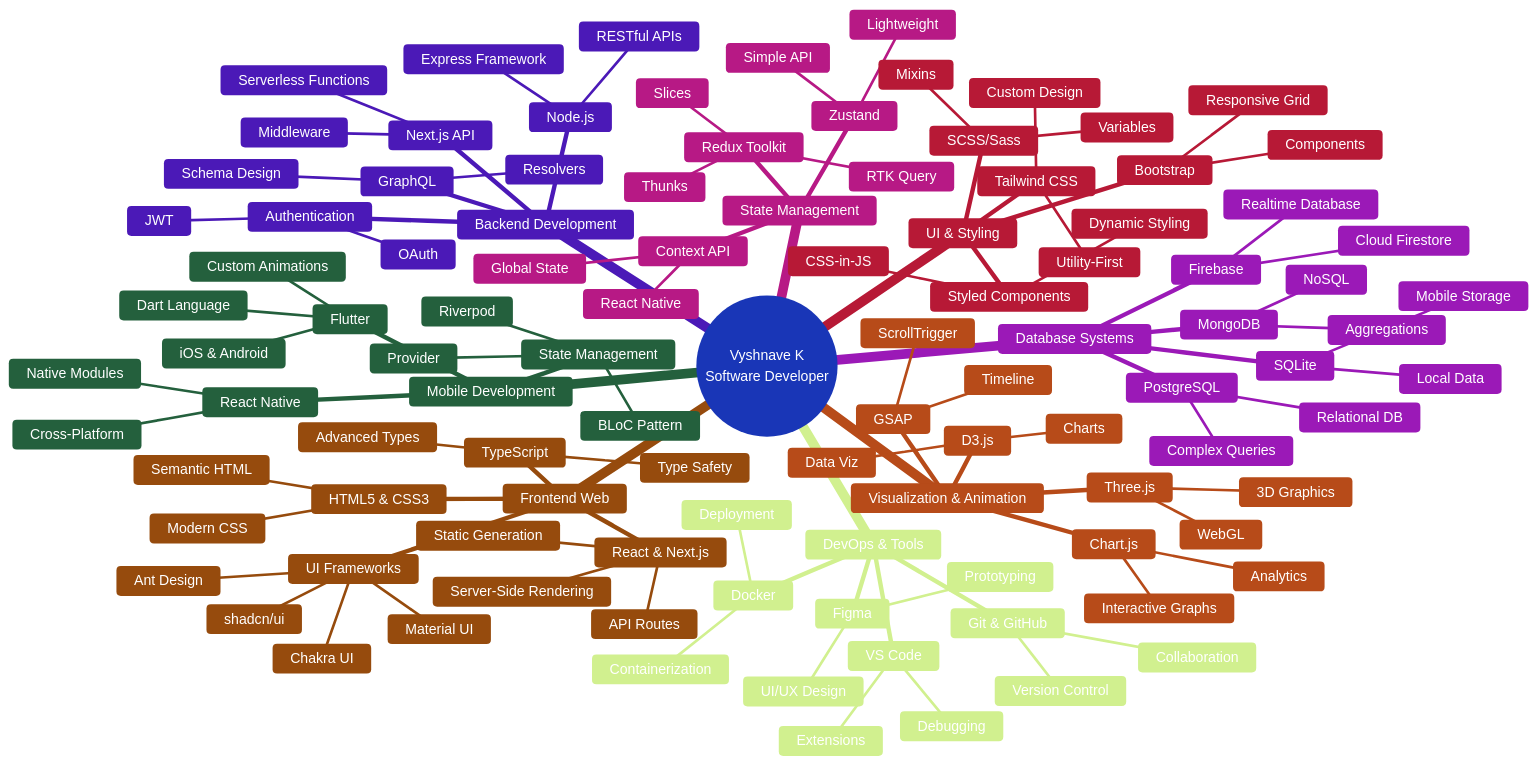
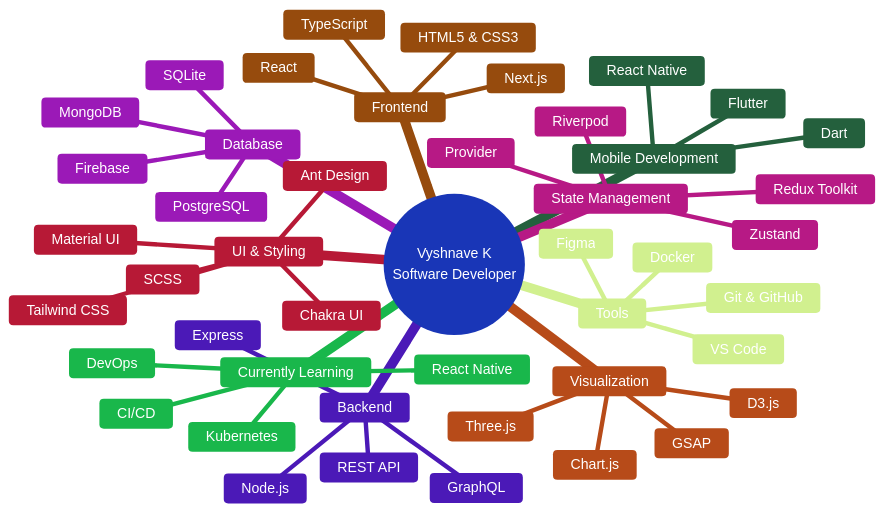
Before and after one commit to vyshnave1997/vyshnave1997: the diagram in README.md, drawn with Mermaid. The commit also changed other lines of this file, not shown here.

````diff
--- a/README.md
+++ b/README.md
@@ -61,116 +61,58 @@
 ```mermaid
-%%{init: {'theme':'base', 'themeVariables': { 'primaryColor':'#667eea','primaryTextColor':'#fff','primaryBorderColor':'#5a67d8','lineColor':'#a0aec0','secondaryColor':'#48bb78','tertiaryColor':'#ed8936','noteBkgColor':'#f7fafc','noteTextColor':'#2d3748'}}}%%
+%%{init: {'theme':'base', 'themeVariables': { 'primaryColor':'#667eea','primaryTextColor':'#fff','primaryBorderColor':'#5a67d8','lineColor':'#a0aec0','secondaryColor':'#48bb78','tertiaryColor':'#ed8936','noteBkgColor':'#f7fafc','noteTextColor':'#2d3748','tertiaryBorderColor':'#dd6b20','tertiaryTextColor':'#fff'}}}%%
 mindmap
   root((Vyshnave K<br/>Software Developer))
     Mobile Development
       Flutter
-        Dart Language
-        iOS & Android
-        Custom Animations
       React Native
-        Cross-Platform
-        Native Modules
-      State Management
-        Provider
-        Riverpod
-        BLoC Pattern
+      Dart
     
-    Frontend Web
-      React & Next.js
-        Server-Side Rendering
-        Static Generation
-        API Routes
+    Frontend
+      React
+      Next.js
       TypeScript
-        Type Safety
-        Advanced Types
       HTML5 & CSS3
-        Semantic HTML
-        Modern CSS
-      UI Frameworks
-        Material UI
-        Ant Design
-        Chakra UI
-        shadcn/ui
     
-    Backend Development
+    Backend
       Node.js
-        Express Framework
-        RESTful APIs
-      Next.js API
-        Serverless Functions
-        Middleware
+      Express
       GraphQL
-        Schema Design
-        Resolvers
-      Authentication
-        JWT
-        OAuth
+      REST API
     
-    Database Systems
+    Database
       MongoDB
-        NoSQL
-        Aggregations
       PostgreSQL
-        Relational DB
-        Complex Queries
       Firebase
-        Realtime Database
-        Cloud Firestore
       SQLite
-        Mobile Storage
-        Local Data
     
     State Management
       Redux Toolkit
-        Slices
-        Thunks
-        RTK Query
       Zustand
-        Lightweight
-        Simple API
-      Context API
-        React Native
-        Global State
+      Provider
+      Riverpod
     
     UI & Styling
       Tailwind CSS
-        Utility-First
-        Custom Design
-      SCSS/Sass
-        Variables
-        Mixins
-      Styled Components
-        CSS-in-JS
-        Dynamic Styling
-      Bootstrap
-        Responsive Grid
-        Components
+      SCSS
+      Material UI
+      Ant Design
+      Chakra UI
     
-    Visualization & Animation
+    Visualization
       Three.js
-        3D Graphics
-        WebGL
       GSAP
-        Timeline
-        ScrollTrigger
       D3.js
-        Data Viz
-        Charts
       Chart.js
-        Interactive Graphs
-        Analytics
     
-    DevOps & Tools
+    Tools
       Git & GitHub
-        Version Control
-        Collaboration
       Docker
-        Containerization
-        Deployment
       VS Code
-        Extensions
-        Debugging
       Figma
-        UI/UX Design
-        Prototyping
+    
+    Currently Learning
+      React Native
+      DevOps
+      CI/CD
+      Kubernetes
 ```
````
